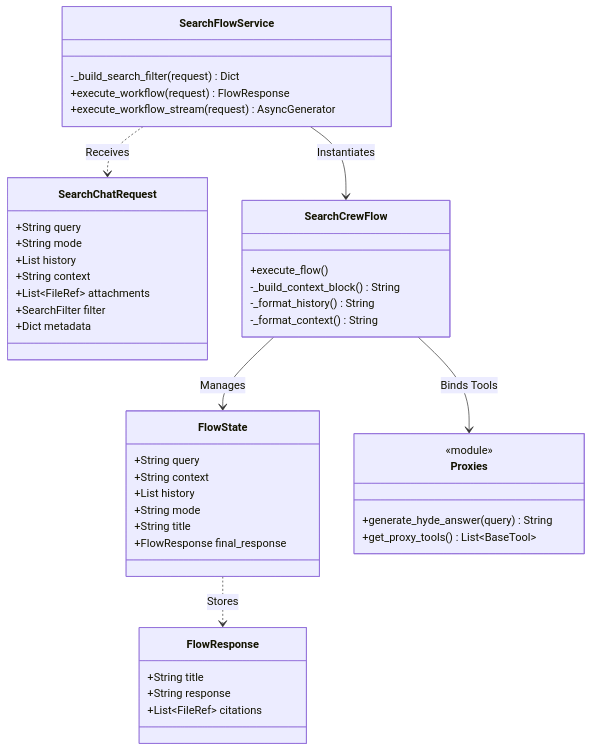
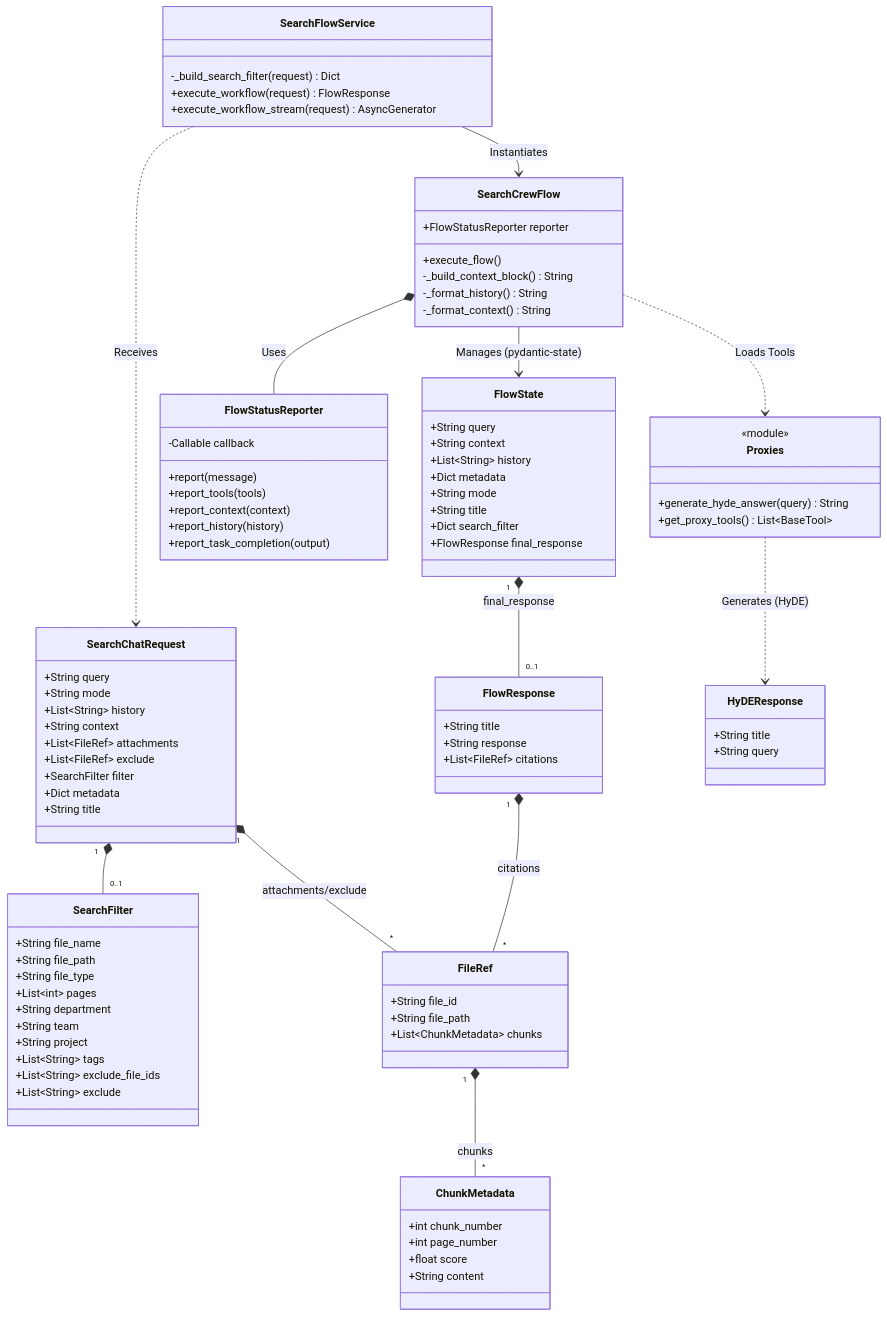
The diagram in services/search-flow/docs/diagrams/class_diagram.md (Taihenc/project-aiq), drawn with Mermaid before and after one commit. The commit also changed other lines of this file and 4 other files, not shown here.

Commit message:
docs: [AIQ-231] rearchitect the search-flow service with dynamic mode selection, dedicated HyDE and Search agents, and updated data models, reflected in documentation.

````diff
--- a/services/search-flow/docs/diagrams/class_diagram.md
+++ b/services/search-flow/docs/diagrams/class_diagram.md
@@ -7,19 +7,49 @@
     class SearchChatRequest {
         +String query
         +String mode
-        +List history
+        +List~String~ history
         +String context
         +List~FileRef~ attachments
+        +List~FileRef~ exclude
         +SearchFilter filter
         +Dict metadata
+        +String title
+    }
+
+    class SearchFilter {
+        +String file_name
+        +String file_path
+        +String file_type
+        +List~int~ pages
+        +String department
+        +String team
+        +String project
+        +List~String~ tags
+        +List~String~ exclude_file_ids
+        +List~String~ exclude
+    }
+
+    class FileRef {
+        +String file_id
+        +String file_path
+        +List~ChunkMetadata~ chunks
+    }
+
+    class ChunkMetadata {
+        +int chunk_number
+        +int page_number
+        +float score
+        +String content
     }
 
     class FlowState {
         +String query
         +String context
-        +List history
+        +List~String~ history
+        +Dict metadata
         +String mode
         +String title
+        +Dict search_filter
         +FlowResponse final_response
     }
 
@@ -29,6 +59,11 @@
         +List~FileRef~ citations
     }
 
+    class HyDEResponse {
+        +String title
+        +String query
+    }
+
     class SearchFlowService {
         -_build_search_filter(request) Dict
         +execute_workflow(request) FlowResponse
@@ -36,10 +71,20 @@
     }
 
     class SearchCrewFlow {
+        +FlowStatusReporter reporter
         +execute_flow()
         -_build_context_block() String
         -_format_history() String
         -_format_context() String
+    }
+
+    class FlowStatusReporter {
+        -Callable callback
+        +report(message)
+        +report_tools(tools)
+        +report_context(context)
+        +report_history(history)
+        +report_task_completion(output)
     }
 
     class Proxies {
@@ -48,9 +93,17 @@
         +get_proxy_tools() List~BaseTool~
     }
 
+    SearchChatRequest "1" *-- "0..1" SearchFilter
+    SearchChatRequest "1" *-- "*" FileRef : attachments/exclude
+    FileRef "1" *-- "*" ChunkMetadata : chunks
+    FlowResponse "1" *-- "*" FileRef : citations
+    
     SearchFlowService ..> SearchChatRequest : Receives
     SearchFlowService --> SearchCrewFlow : Instantiates
-    SearchCrewFlow --> FlowState : Manages
-    FlowState ..> FlowResponse : Stores
-    SearchCrewFlow --> Proxies : Binds Tools
+    SearchCrewFlow --> FlowState : Manages (pydantic-state)
+    SearchCrewFlow *-- FlowStatusReporter : Uses
+    FlowState "1" *-- "0..1" FlowResponse : final_response
+    
+    SearchCrewFlow ..> Proxies : Loads Tools
+    Proxies ..> HyDEResponse : Generates (HyDE)
 ```
````
